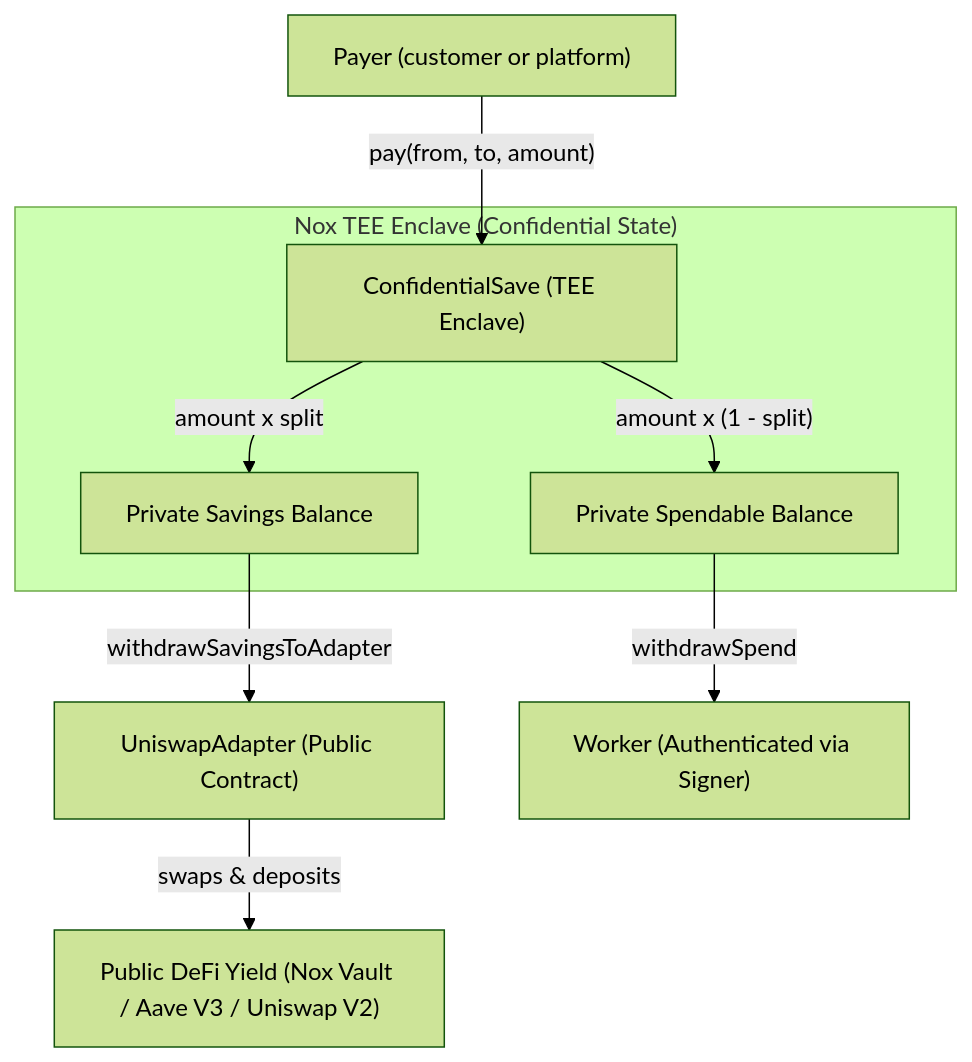
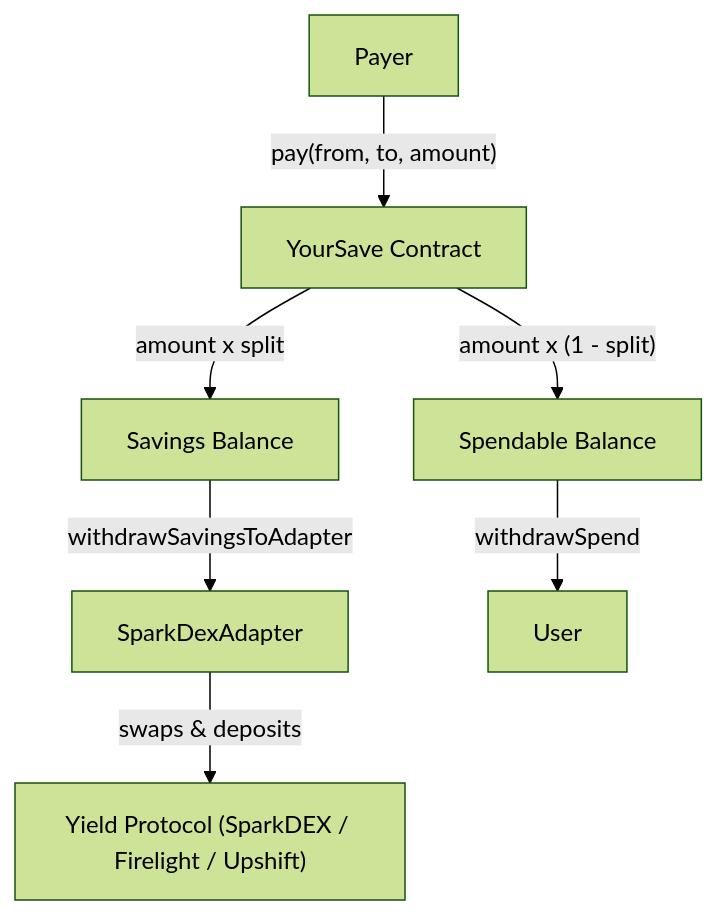
Before and after one commit to 0x1e30c3/save-main: the diagram in README.md, drawn with Mermaid (forest theme). The commit also changed other lines of this file, not shown here.

````diff
--- a/README.md
+++ b/README.md
@@ -19,11 +19,9 @@
 ```mermaid
 flowchart TD
-    P["Payer (customer or platform)"] -->|"pay(from, to, amount)"| C["ConfidentialSave (TEE Enclave)"]
-    subgraph "Nox TEE Enclave (Confidential State)"
-        C -->|"amount x (1 - split)"| SP["Private Spendable Balance"]
-        C -->|"amount x split"| SV["Private Savings Balance"]
-    end
-    SV -->|"withdrawSavingsToAdapter"| UA["UniswapAdapter (Public Contract)"]
-    UA -->|"swaps & deposits"| EVM["Public DeFi Yield (Nox Vault / Aave V3 / Uniswap V2)"]
-    SP -->|"withdrawSpend"| W["Worker (Authenticated via Signer)"]
+    P["Payer"] -->|"pay(from, to, amount)"| C["YourSave Contract"]
+    C -->|"amount x (1 - split)"| SP["Spendable Balance"]
+    C -->|"amount x split"| SV["Savings Balance"]
+    SV -->|"withdrawSavingsToAdapter"| UA["SparkDexAdapter"]
+    UA -->|"swaps & deposits"| YIELD["Yield Protocol (SparkDEX / Firelight / Upshift)"]
+    SP -->|"withdrawSpend"| W["User"]
 ```
````
